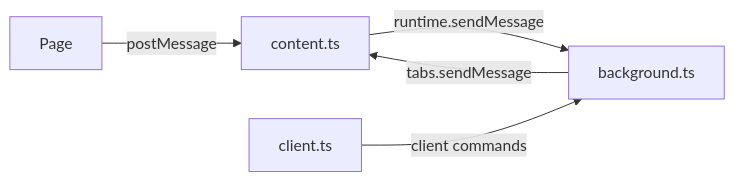
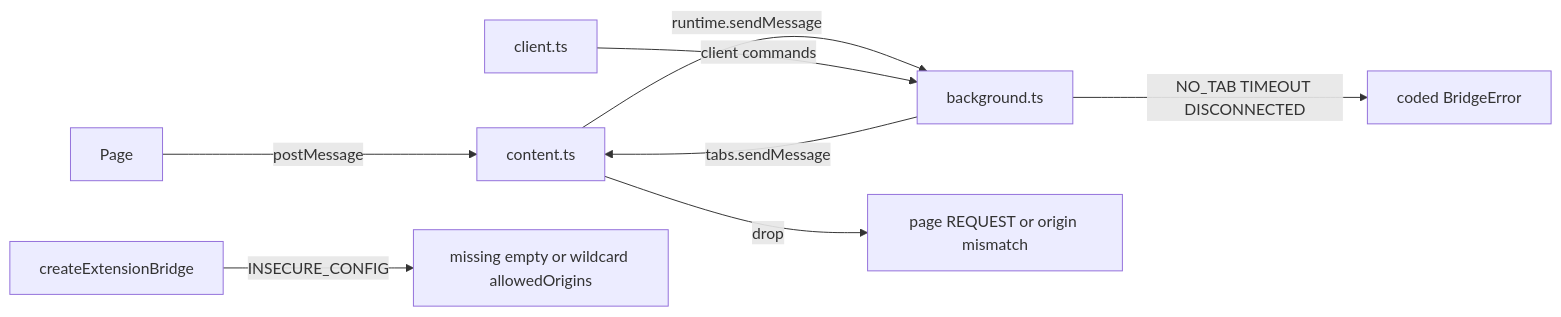
One commit to webex/webex-js-sdk changed the first of 3 diagrams in packages/@webex/web-extension-bridge/src/extension/docs/README.md. Above: the diagram before and after it, drawn with Mermaid. The commit also changed other lines of this file and 3 other files, not shown here.

Commit message:
docs(web-extension-bridge): add hop failure paths to Stage 0 mermaid (SPARK-853132)

````diff
--- a/packages/@webex/web-extension-bridge/src/extension/docs/README.md
+++ b/packages/@webex/web-extension-bridge/src/extension/docs/README.md
@@ -142,7 +142,10 @@
 ```mermaid
 flowchart LR
   Page[Page] -->|postMessage| Relay[content.ts]
   Relay -->|runtime.sendMessage| Worker[background.ts]
   UI[client.ts] -->|client commands| Worker
   Worker -->|tabs.sendMessage| Relay
+  Ctor[createExtensionBridge] -->|INSECURE_CONFIG| CfgFail[missing empty or wildcard allowedOrigins]
+  Worker -->|NO_TAB TIMEOUT DISCONNECTED| Err[coded BridgeError]
+  Relay -->|drop| Drop[page REQUEST or origin mismatch]
 ```
````
